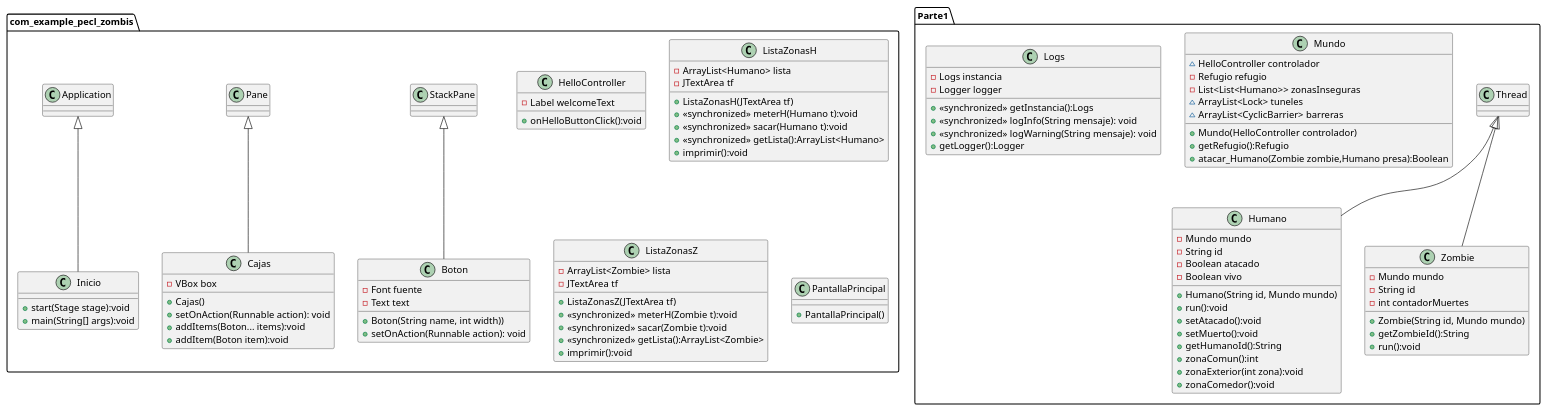
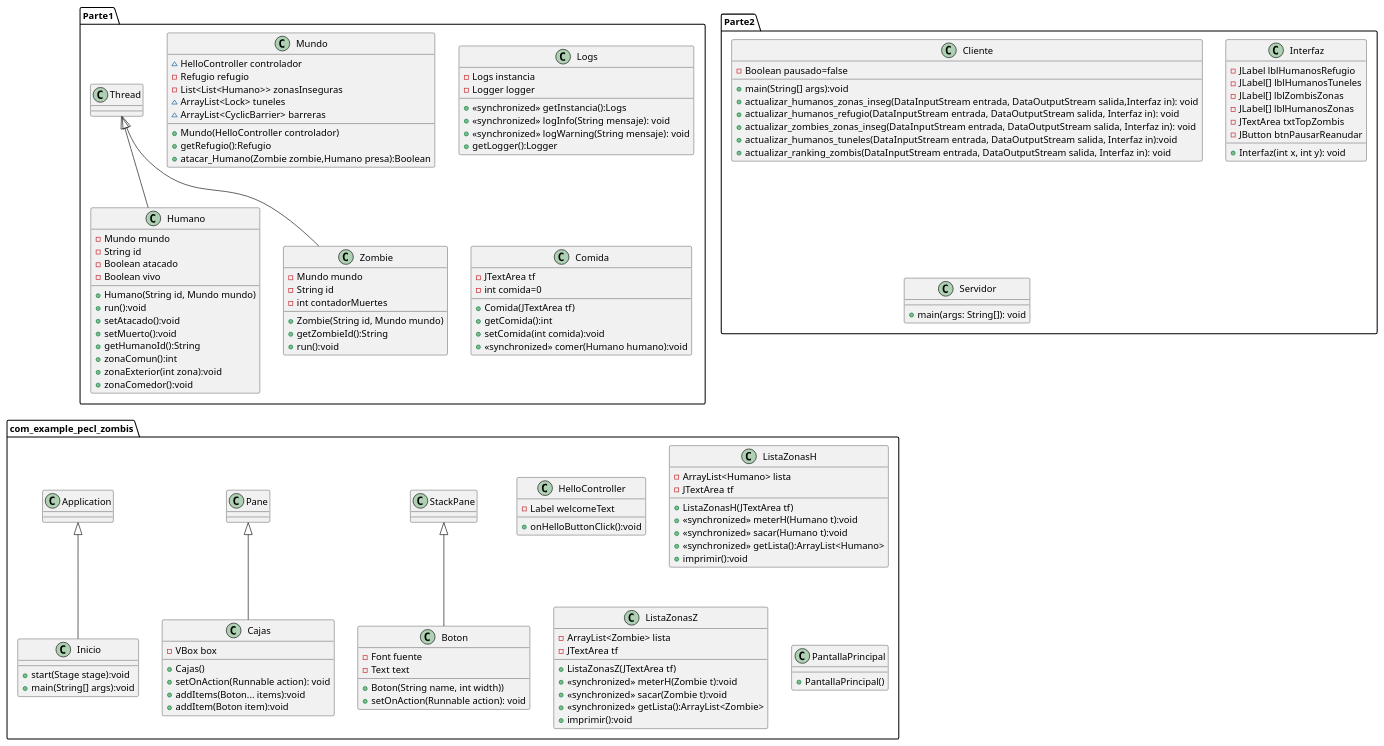
Before and after one commit to danieltello12/PECL_Zombis: the diagram in src/main/java/Apocalipsis.puml, drawn with PlantUML.

```diff
--- a/src/main/java/Apocalipsis.puml
+++ b/src/main/java/Apocalipsis.puml
@@ -1,105 +1,139 @@
 @startuml
 'https://plantuml.com/class-diagram
 
 package Parte1{
 class Humano extends Thread{
     - Mundo mundo
     - String id
     - Boolean atacado
     - Boolean vivo
     +Humano(String id, Mundo mundo)
     +run():void
     +setAtacado():void
     +setMuerto():void
     +getHumanoId():String
     +zonaComun():int
     +zonaExterior(int zona):void
     +zonaComedor():void
 }
 
 
 class Zombie extends Thread{
     - Mundo mundo
     - String id
     - int contadorMuertes
     +Zombie(String id, Mundo mundo)
     +getZombieId():String
     +run():void
 }
 
 class Mundo{
     ~HelloController controlador
     -Refugio refugio
     -List<List<Humano>> zonasInseguras
     ~ArrayList<Lock> tuneles
     ~ArrayList<CyclicBarrier> barreras
     +Mundo(HelloController controlador)
     +getRefugio():Refugio
     +atacar_Humano(Zombie zombie,Humano presa):Boolean
 
 
 }
 
 class Logs{
     -Logs instancia
     -Logger logger
     + «synchronized» getInstancia():Logs
     + «synchronized» logInfo(String mensaje): void
     + «synchronized» logWarning(String mensaje): void
     +getLogger():Logger
     }
 
+class Comida{
+ -JTextArea tf
+ -int comida=0
+ +Comida(JTextArea tf)
+ +getComida():int
+ +setComida(int comida):void
+ + «synchronized» comer(Humano humano):void
+ }
+}
+package Parte2{
+class Cliente{
+-Boolean pausado=false
++main(String[] args):void
++actualizar_humanos_zonas_inseg(DataInputStream entrada, DataOutputStream salida,Interfaz in): void
++actualizar_humanos_refugio(DataInputStream entrada, DataOutputStream salida, Interfaz in): void
++actualizar_zombies_zonas_inseg(DataInputStream entrada, DataOutputStream salida, Interfaz in): void
++actualizar_humanos_tuneles(DataInputStream entrada, DataOutputStream salida, Interfaz in):void
++actualizar_ranking_zombis(DataInputStream entrada, DataOutputStream salida, Interfaz in): void
+}
 
+class Interfaz{
+- JLabel lblHumanosRefugio
+-JLabel[] lblHumanosTuneles
+-JLabel[] lblZombisZonas
+-JLabel[] lblHumanosZonas
+-JTextArea txtTopZombis
+-JButton btnPausarReanudar
+
++ Interfaz(int x, int y): void
 }
+class Servidor{
++main(args: String[]): void
+}
+}
+
+
 package com_example_pecl_zombis{
 class Boton extends StackPane{
     - Font fuente
     - Text text
     +Boton(String name, int width))
     +setOnAction(Runnable action): void
     }
 class Cajas extends Pane{
     - VBox box
     +Cajas()
     +setOnAction(Runnable action): void
     +addItems(Boton... items):void
     +addItem(Boton item):void
     }
 class HelloController{
     -Label welcomeText
     +onHelloButtonClick():void
     }
 class Inicio extends Application{
     +start(Stage stage):void
     +main(String[] args):void
     }
 class ListaZonasH{
     -ArrayList<Humano> lista
     -JTextArea tf
     +ListaZonasH(JTextArea tf)
     + «synchronized» meterH(Humano t):void
     + «synchronized» sacar(Humano t):void
     + «synchronized» getLista():ArrayList<Humano>
     + imprimir():void
     }
 class ListaZonasZ{
     -ArrayList<Zombie> lista
     -JTextArea tf
     +ListaZonasZ(JTextArea tf)
     + «synchronized» meterH(Zombie t):void
     + «synchronized» sacar(Zombie t):void
     + «synchronized» getLista():ArrayList<Zombie>
     + imprimir():void
     }
 
 class PantallaPrincipal{
     +PantallaPrincipal()
 }
 
 
 
 
 
 
 
 @enduml
```
